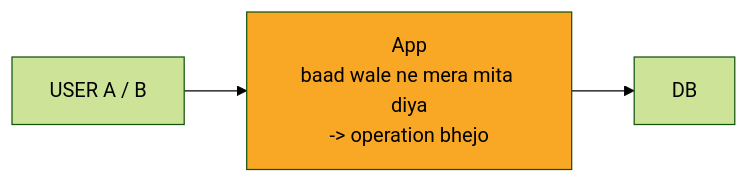
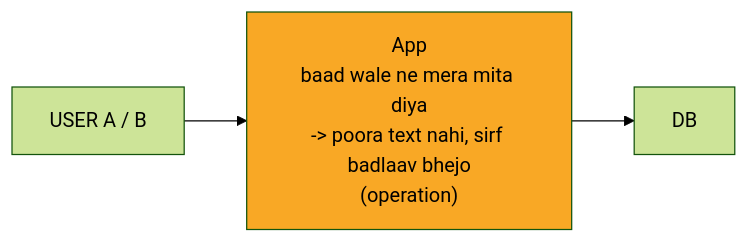
One commit to ArpanMaheshwari144/Prep changed the second of 10 diagrams in 04_HLD/SYSTEM_DESIGNS/11_google_docs_collab/11_google_docs_collab.md. Above: the diagram before and after it, drawn with Mermaid (forest theme). The commit also changed other lines of this file and 13 other files, not shown here.

````diff
--- a/04_HLD/SYSTEM_DESIGNS/11_google_docs_collab/11_google_docs_collab.md
+++ b/04_HLD/SYSTEM_DESIGNS/11_google_docs_collab/11_google_docs_collab.md
@@ -78,9 +78,9 @@
 ```mermaid
 flowchart LR
     n_USER["USER A / B"]
-    n_App["App<br/>baad wale ne mera mita diya<br/>-> operation bhejo"]
+    n_App["App<br/>baad wale ne mera mita diya<br/>-> poora text nahi, sirf badlaav bhejo<br/>(operation)"]
     n_DB["DB"]
     n_USER --> n_App
     n_App --> n_DB
     style n_App fill:#f9a825,color:#000
 ```
````
